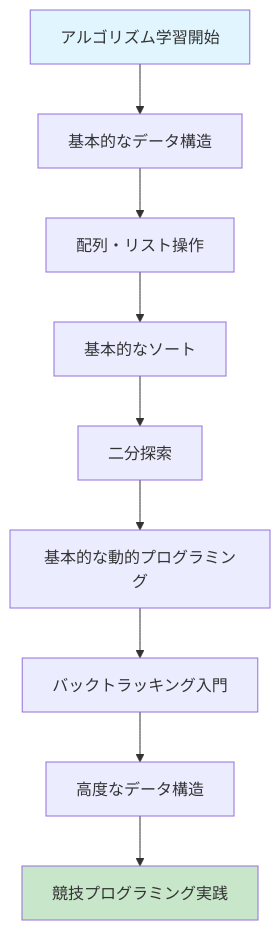
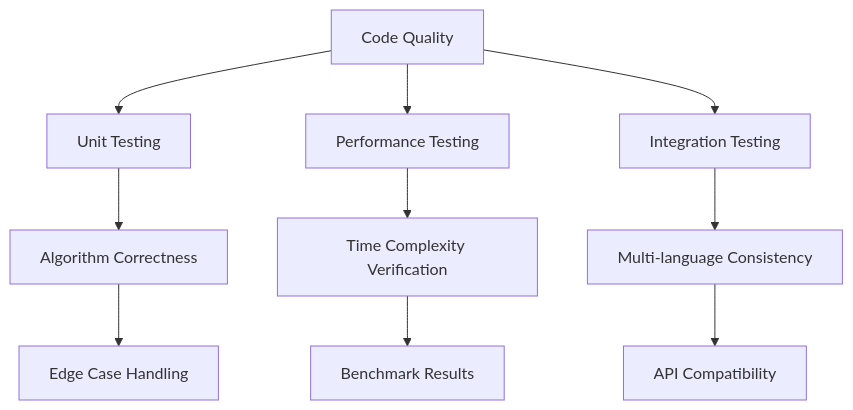
Before and after one commit to myoshi2891/Algorithm-DataStructures-Math-SQL: the third of 3 diagrams in README.md, drawn with Mermaid. The commit also changed other lines of this file, not shown here.

````diff
--- a/README.md
+++ b/README.md
@@ -287,14 +237,14 @@
 ```mermaid
 graph TD
-    A[アルゴリズム学習開始] --> B[基本的なデータ構造]
-    B --> C[配列・リスト操作]
-    C --> D[基本的なソート]
-    D --> E[二分探索]
-    E --> F[基本的な動的プログラミング]
-    F --> G[バックトラッキング入門]
-    G --> H[高度なデータ構造]
-    H --> I[競技プログラミング実践]
+    A[Code Quality] --> B[Unit Testing]
+    A --> C[Performance Testing]
+    A --> D[Integration Testing]
     
-    style A fill:#e1f5fe
-    style I fill:#c8e6c9
+    B --> E[Algorithm Correctness]
+    C --> F[Time Complexity Verification]
+    D --> G[Multi-language Consistency]
+    
+    E --> H[Edge Case Handling]
+    F --> I[Benchmark Results]
+    G --> J[API Compatibility]
 ```
````
